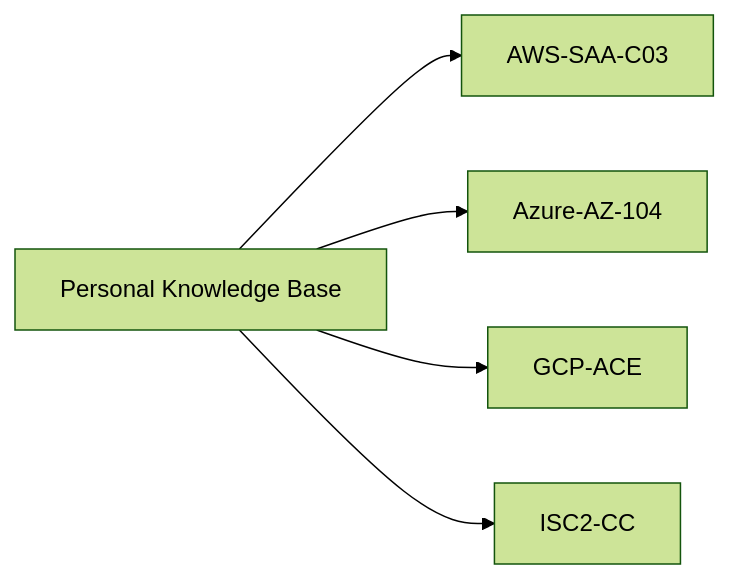
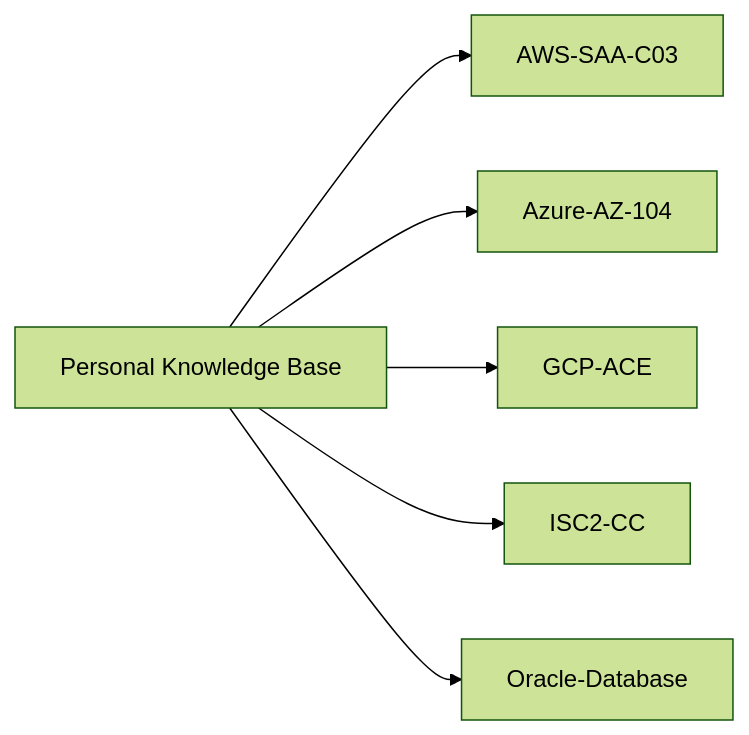
The diagram in README.md (somkid-s5/Personal-Knowledge-Base), drawn with Mermaid (forest theme) before and after one commit. The commit also changed other lines of this file and 20 other files, not shown here.

First line of the commit message:
Add Oracle Database learning system with 19c foundation and 26ai current layer (#25)

```diff
--- a/README.md
+++ b/README.md
@@ -22,8 +23,9 @@
 ~~~mermaid
 flowchart LR
     ROOT[Personal Knowledge Base]
     ROOT --> AWS[AWS-SAA-C03]
     ROOT --> AZ[Azure-AZ-104]
     ROOT --> GCP[GCP-ACE]
     ROOT --> CC[ISC2-CC]
+    ROOT --> ORA[Oracle-Database]
 ~~~
```
